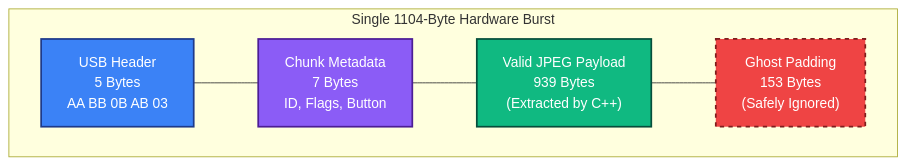
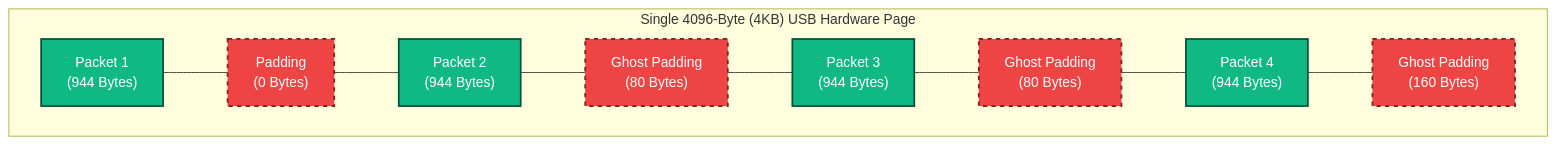
The second of 2 diagrams in UseeplusProtocol.md (jerometerry/pi-borescope-streamer), drawn with Mermaid before and after one commit. The commit also changed other lines of this file and 3 other files, not shown here.

````diff
--- a/UseeplusProtocol.md
+++ b/UseeplusProtocol.md
@@ -209,20 +183,29 @@
 ```mermaid
 flowchart LR
-    subgraph Buffer ["Single 1104-Byte Hardware Burst"]
+    subgraph Buffer ["Single 4096-Byte (4KB) USB Hardware Page"]
         direction LR
         
-        H["USB Header<br/>5 Bytes<br/>AA BB 0B AB 03"]
-        M["Chunk Metadata<br/>7 Bytes<br/>ID, Flags, Button"]
-        P["Valid JPEG Payload<br/>939 Bytes<br/>(Extracted by C++)"]
-        G["Ghost Padding<br/>153 Bytes<br/>(Safely Ignored)"]
+        C1["Packet 1<br/>(944 Bytes)"]
+        P1["Padding<br/>(0 Bytes)"]
+        C2["Packet 2<br/>(944 Bytes)"]
+        P2["Ghost Padding<br/>(80 Bytes)"]
+        C3["Packet 3<br/>(944 Bytes)"]
+        P3["Ghost Padding<br/>(80 Bytes)"]
+        C4["Packet 4<br/>(944 Bytes)"]
+        P4["Ghost Padding<br/>(160 Bytes)"]
 
-        H --- M --- P --- G
+        C1 --- P1 --- C2 --- P2 --- C3 --- P3 --- C4 --- P4
     end
 
     %% Visual Styling
-    style H fill:#3b82f6,stroke:#1e3a8a,stroke-width:2px,color:#fff
-    style M fill:#8b5cf6,stroke:#4c1d95,stroke-width:2px,color:#fff
-    style P fill:#10b981,stroke:#064e3b,stroke-width:2px,color:#fff
-    style G fill:#ef4444,stroke:#7f1d1d,stroke-width:2px,stroke-dasharray: 5 5,color:#fff
+    style C1 fill:#10b981,stroke:#064e3b,stroke-width:2px,color:#fff
+    style C2 fill:#10b981,stroke:#064e3b,stroke-width:2px,color:#fff
+    style C3 fill:#10b981,stroke:#064e3b,stroke-width:2px,color:#fff
+    style C4 fill:#10b981,stroke:#064e3b,stroke-width:2px,color:#fff
+    
+    style P1 fill:#ef4444,stroke:#7f1d1d,stroke-width:2px,stroke-dasharray: 5 5,color:#fff
+    style P2 fill:#ef4444,stroke:#7f1d1d,stroke-width:2px,stroke-dasharray: 5 5,color:#fff
+    style P3 fill:#ef4444,stroke:#7f1d1d,stroke-width:2px,stroke-dasharray: 5 5,color:#fff
+    style P4 fill:#ef4444,stroke:#7f1d1d,stroke-width:2px,stroke-dasharray: 5 5,color:#fff
 
 ```
````
